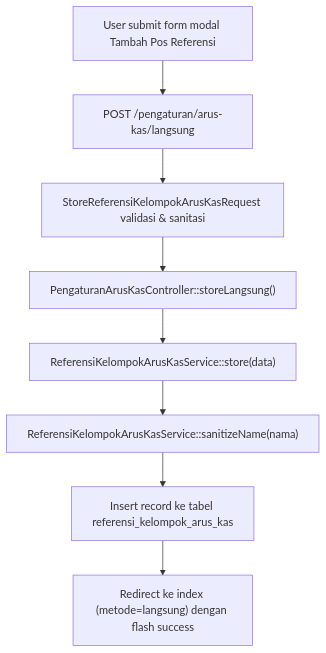
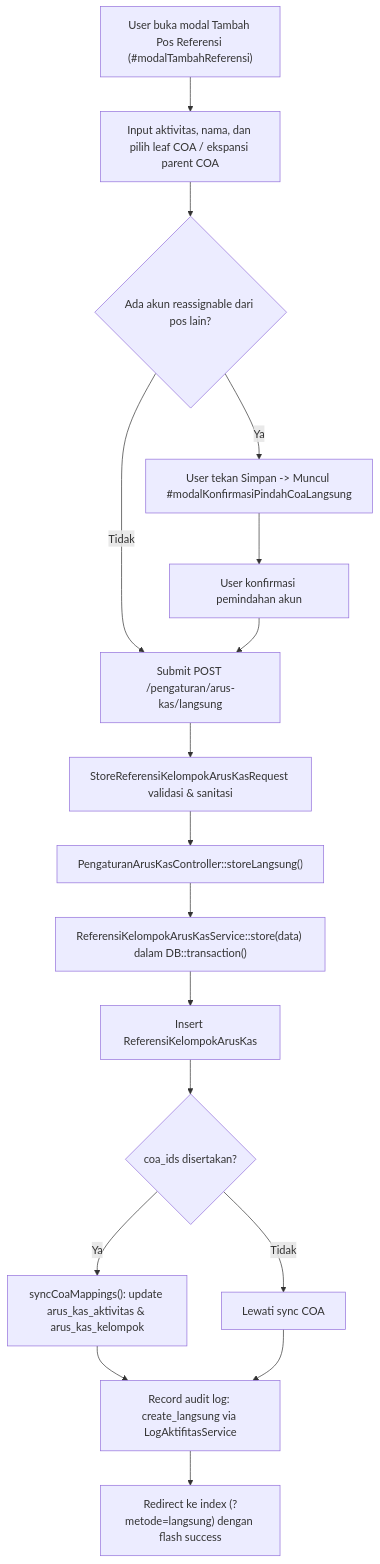
Before and after one commit to AltamaSidoarjo/laravel-siakurat-pt-smt: the third of 10 diagrams in dokumentasi/pengaturan-arus-kas.md, drawn with Mermaid. The commit also changed other lines of this file and 1 other file, not shown here.

Commit message:
docs(arus-kas): document Stage 2 direct COA mapping and cash counterpart scanner

````diff
--- a/dokumentasi/pengaturan-arus-kas.md
+++ b/dokumentasi/pengaturan-arus-kas.md
@@ -195,10 +278,19 @@
 ```mermaid
 flowchart TD
-    A["User submit form modal Tambah Pos Referensi"] --> B["POST /pengaturan/arus-kas/langsung"]
-    B --> C["StoreReferensiKelompokArusKasRequest validasi & sanitasi"]
-    C --> D["PengaturanArusKasController::storeLangsung()"]
-    D --> E["ReferensiKelompokArusKasService::store(data)"]
-    E --> F["ReferensiKelompokArusKasService::sanitizeName(nama)"]
-    F --> G["Insert record ke tabel referensi_kelompok_arus_kas"]
-    G --> H["Redirect ke index (metode=langsung) dengan flash success"]
+    A["User buka modal Tambah Pos Referensi (#modalTambahReferensi)"] --> B["Input aktivitas, nama, dan pilih leaf COA / ekspansi parent COA"]
+    B --> C{"Ada akun reassignable dari pos lain?"}
+    C -- Ya --> D["User tekan Simpan -> Muncul #modalKonfirmasiPindahCoaLangsung"]
+    D --> E["User konfirmasi pemindahan akun"]
+    C -- Tidak --> F["Submit POST /pengaturan/arus-kas/langsung"]
+    E --> F
+    F --> G["StoreReferensiKelompokArusKasRequest validasi & sanitasi"]
+    G --> H["PengaturanArusKasController::storeLangsung()"]
+    H --> I["ReferensiKelompokArusKasService::store(data) dalam DB::transaction()"]
+    I --> J["Insert ReferensiKelompokArusKas"]
+    J --> K{"coa_ids disertakan?"}
+    K -- Ya --> L["syncCoaMappings(): update arus_kas_aktivitas & arus_kas_kelompok"]
+    K -- Tidak --> M["Lewati sync COA"]
+    L --> N["Record audit log: create_langsung via LogAktifitasService"]
+    M --> N
+    N --> O["Redirect ke index (?metode=langsung) dengan flash success"]
 ```
````
